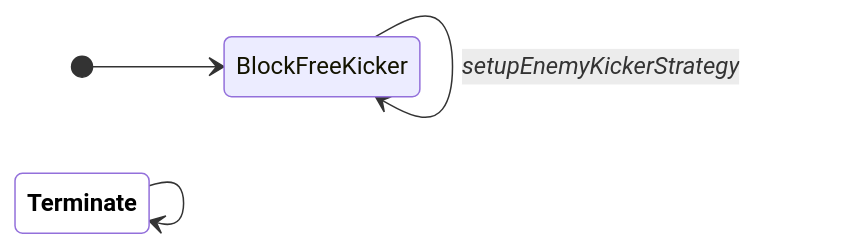
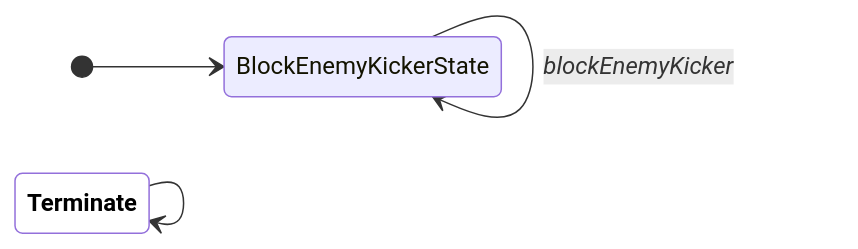
Before and after one commit to UBC-Thunderbots/Software: the fifth of 23 diagrams in docs/fsm-diagrams.md, drawn with Mermaid.

Commit message:
[pre-commit.ci lite] apply automatic fixes

````diff
--- a/docs/fsm-diagrams.md
+++ b/docs/fsm-diagrams.md
@@ -80,10 +80,10 @@
 ```mermaid
 
 stateDiagram-v2
 classDef terminate fill:white,color:black,font-weight:bold
 direction LR
-[*] --> BlockFreeKicker
-BlockFreeKicker --> BlockFreeKicker : <i>setupEnemyKickerStrategy</i>
+[*] --> BlockEnemyKickerState
+BlockEnemyKickerState --> BlockEnemyKickerState : <i>blockEnemyKicker</i>
 Terminate:::terminate --> Terminate:::terminate
 
 ```
````
